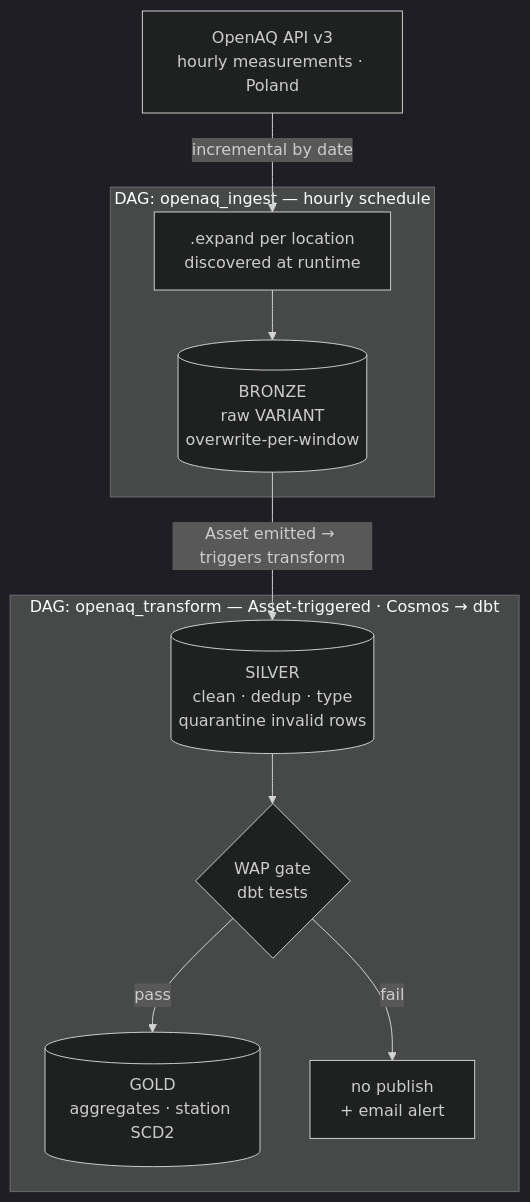
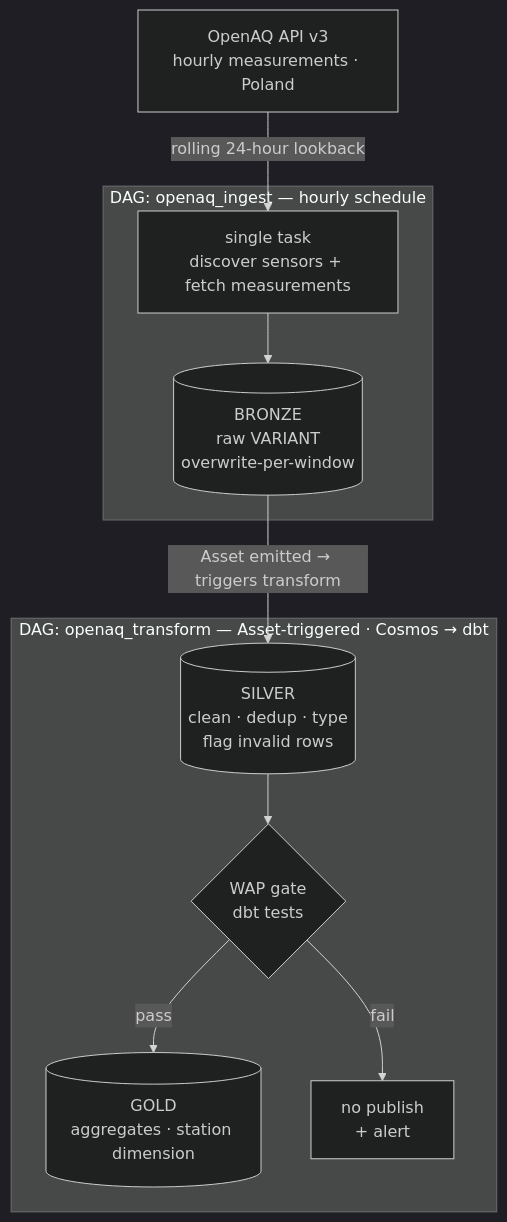
One commit to klaudiawolinska/airflow-openaq-medallion changed the diagram in README.md. Above: the diagram before and after it, drawn with Mermaid (dark theme). The commit also changed other lines of this file and 28 other files, not shown here.

````diff
--- a/README.md
+++ b/README.md
@@ -11,22 +23,22 @@
 ```mermaid
 flowchart TD
     API["OpenAQ API v3<br/>hourly measurements · Poland"]
 
     subgraph ingest["DAG: openaq_ingest — hourly schedule"]
-        MAP[".expand per location<br/>discovered at runtime"]
+        INGEST["single task<br/>discover sensors + fetch measurements"]
         BRONZE[("BRONZE<br/>raw VARIANT<br/>overwrite-per-window")]
-        MAP --> BRONZE
+        INGEST --> BRONZE
     end
 
     subgraph transform["DAG: openaq_transform — Asset-triggered · Cosmos → dbt"]
-        SILVER[("SILVER<br/>clean · dedup · type<br/>quarantine invalid rows")]
+        SILVER[("SILVER<br/>clean · dedup · type<br/>flag invalid rows")]
         GATE{"WAP gate<br/>dbt tests"}
-        GOLD[("GOLD<br/>aggregates · station SCD2")]
+        GOLD[("GOLD<br/>aggregates · station dimension")]
         SILVER --> GATE
         GATE -->|pass| GOLD
-        GATE -->|fail| STOP["no publish<br/>+ email alert"]
+        GATE -->|fail| STOP["no publish<br/>+ alert"]
     end
 
-    API -->|incremental by date| MAP
+    API -->|rolling 24-hour lookback| INGEST
     BRONZE -->|Asset emitted → triggers transform| SILVER
 ```
````
